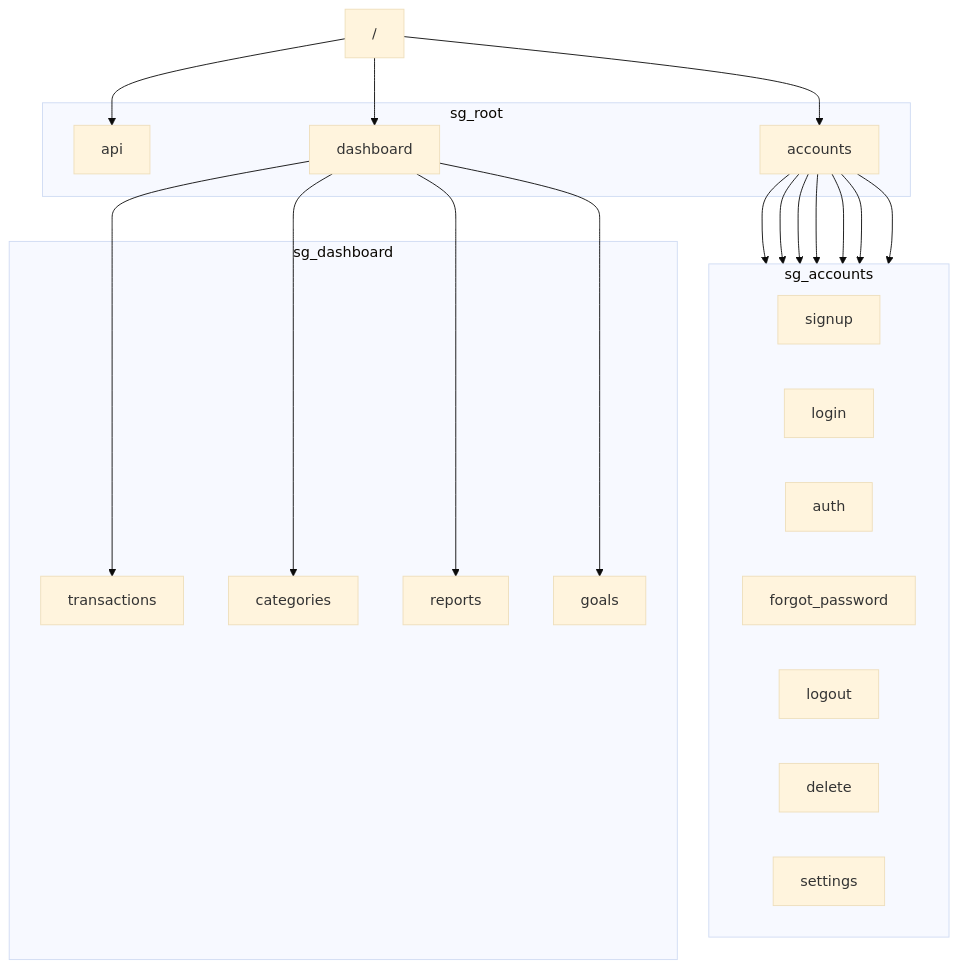
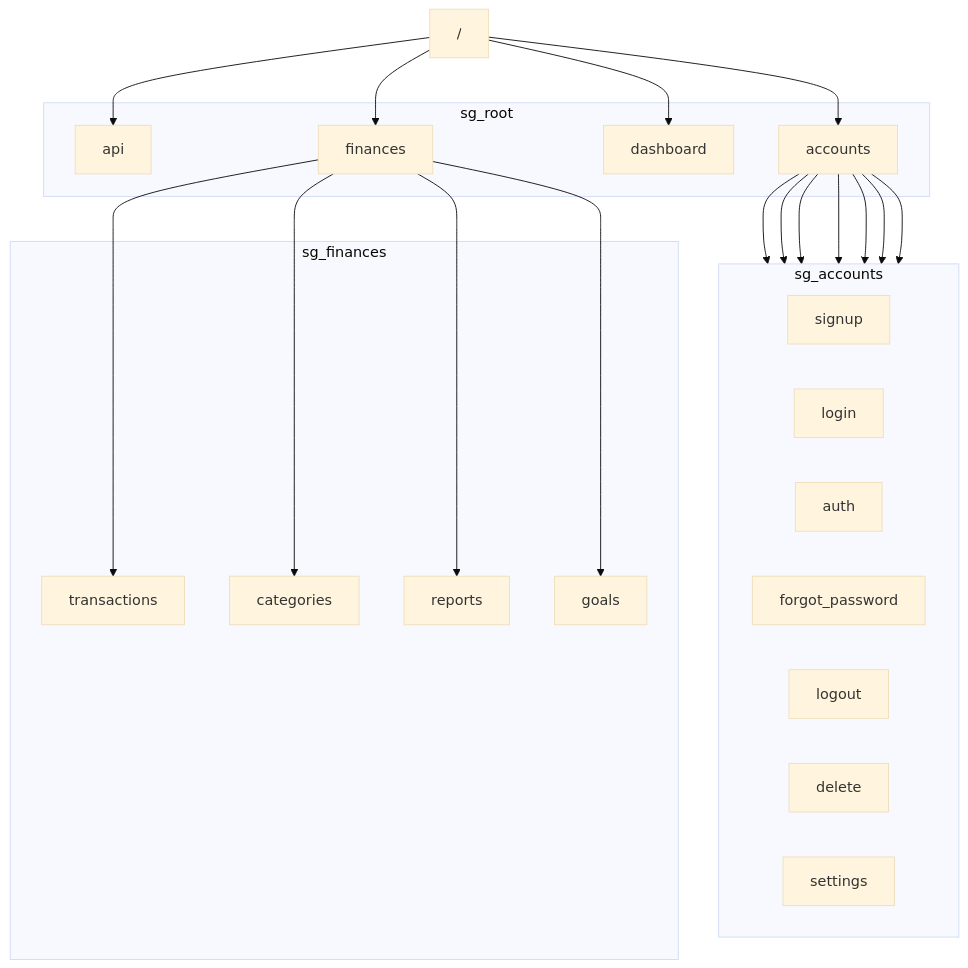
The diagram in docs/Sitemap.md (familycrest/personal-finance-tracker), drawn with Mermaid (base theme) before and after one commit.

Commit message:
update sitemap to reflect new dashboard and finances route

````diff
--- a/docs/Sitemap.md
+++ b/docs/Sitemap.md
@@ -3,39 +3,41 @@
 ```mermaid
 graph TD
     root["/"]
     subgraph sg_root
         api
         accounts
         dashboard
+        finances
     end
     
     root --> api
     root --> accounts
     root --> dashboard
+    root --> finances
 
     subgraph sg_accounts
         direction LR
         signup
         login
         auth
         forgot_password
         logout
         delete
         settings
     end
 
     accounts --> signup
     accounts --> login
     accounts --> auth
     accounts --> logout
     accounts --> forgot_password
     accounts --> delete
     accounts --> settings
 
-    subgraph sg_dashboard
-        dashboard --> transactions
-        dashboard --> categories
-        dashboard --> reports
-        dashboard --> goals
+    subgraph sg_finances
+        finances --> transactions
+        finances --> categories
+        finances --> reports
+        finances --> goals
     end
 ```
````
